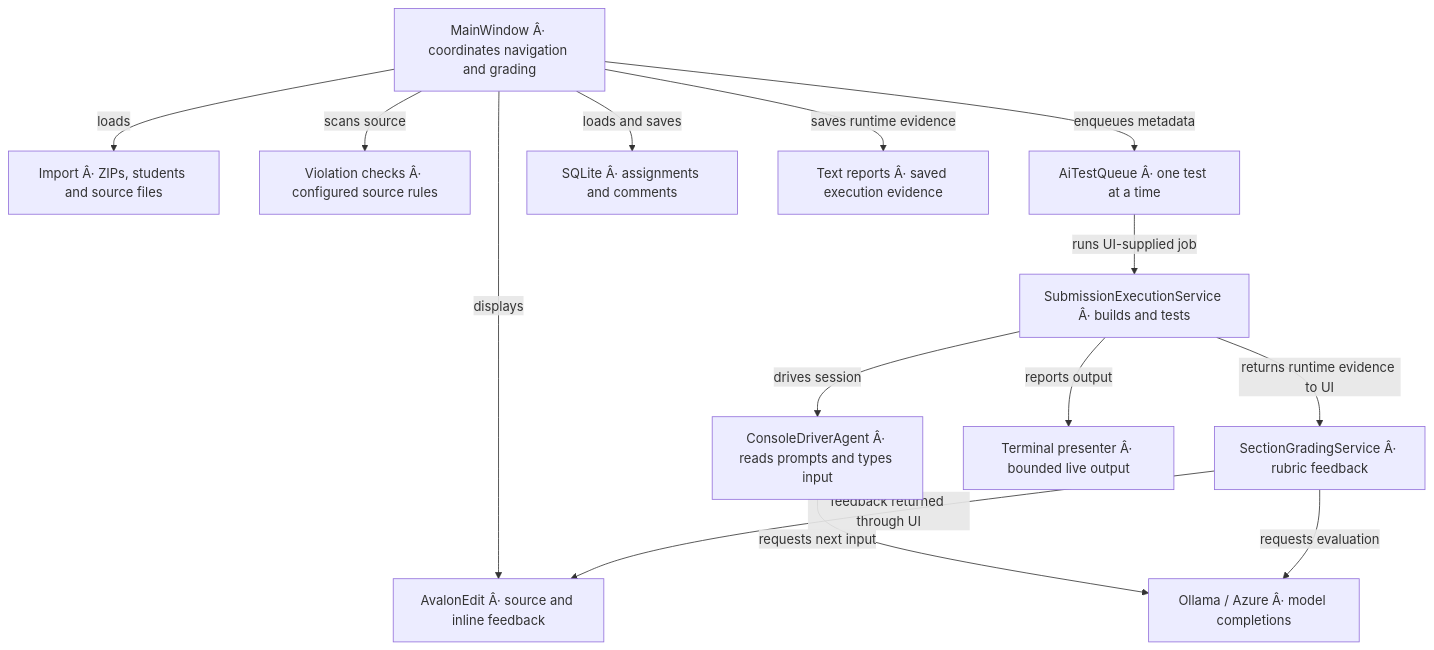
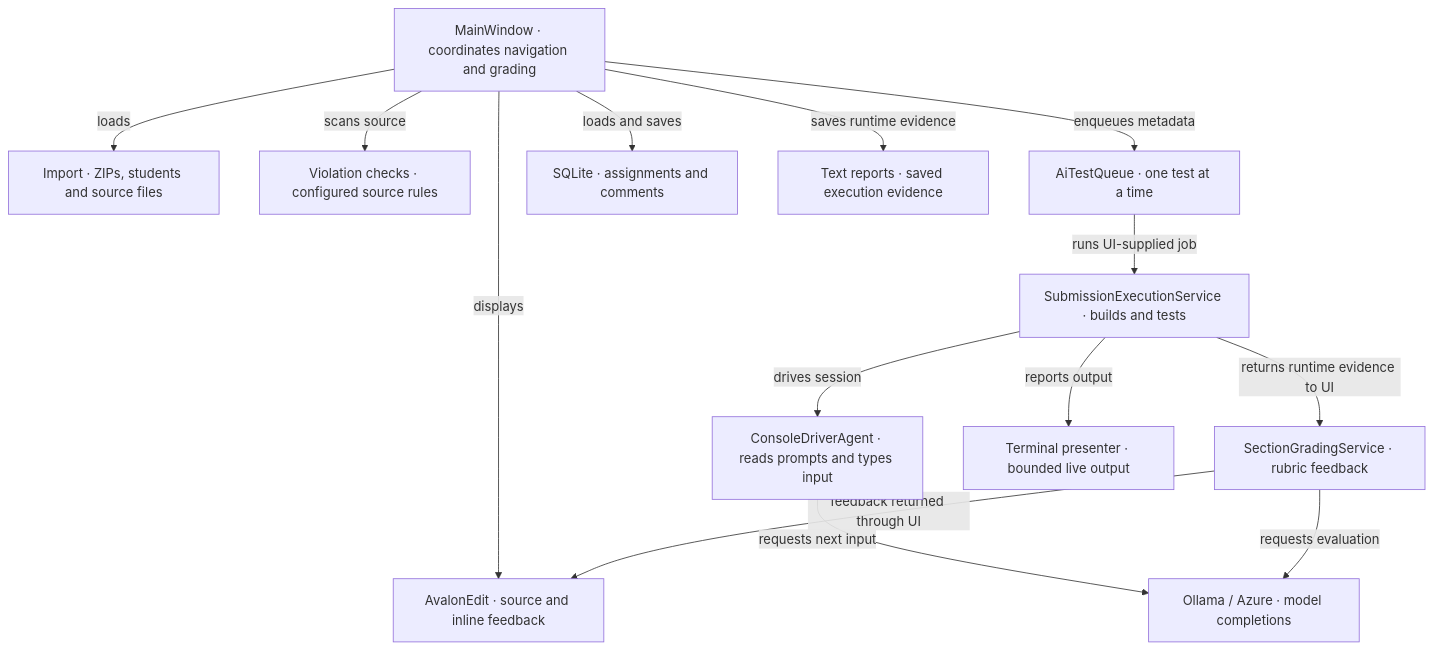
The first of 7 diagrams in KNOWLEDGE_GRAPH.md (signalnotnoise/GuidedGrade), drawn with Mermaid before and after one commit. The commit also changed other lines of this file and 10 other files, not shown here.

````diff
--- a/KNOWLEDGE_GRAPH.md
+++ b/KNOWLEDGE_GRAPH.md
@@ -7,28 +7,28 @@
 ```mermaid
 flowchart TD
-    UI["MainWindow Â· coordinates navigation and grading"]
-    Import["Import Â· ZIPs, students and source files"]
-    Editor["AvalonEdit Â· source and inline feedback"]
-    Rules["Violation checks Â· configured source rules"]
-    Queue["AiTestQueue Â· one test at a time"]
-    Execute["SubmissionExecutionService Â· builds and tests"]
-    Agent["ConsoleDriverAgent Â· reads prompts and types input"]
-    Grade["SectionGradingService Â· rubric feedback"]
-    Model["Ollama / Azure Â· model completions"]
-    Store["SQLite Â· assignments and comments"]
-    Terminal["Terminal presenter Â· bounded live output"]
-    Reports["Text reports Â· saved execution evidence"]
+    UI["MainWindow · coordinates navigation and grading"]
+    Import["Import · ZIPs, students and source files"]
+    Editor["AvalonEdit · source and inline feedback"]
+    Rules["Violation checks · configured source rules"]
+    Queue["AiTestQueue · one test at a time"]
+    Execute["SubmissionExecutionService · builds and tests"]
+    Agent["ConsoleDriverAgent · reads prompts and types input"]
+    Grade["SectionGradingService · rubric feedback"]
+    Model["Ollama / Azure · model completions"]
+    Store["SQLite · assignments and comments"]
+    Terminal["Terminal presenter · bounded live output"]
+    Reports["Text reports · saved execution evidence"]
     UI -->|loads| Import
     UI -->|displays| Editor
     UI -->|scans source| Rules
     UI -->|enqueues metadata| Queue
     Queue -->|runs UI-supplied job| Execute
     Execute -->|drives session| Agent
     Agent -->|requests next input| Model
     Execute -->|reports output| Terminal
     Execute -->|returns runtime evidence to UI| Grade
     Grade -->|requests evaluation| Model
     Grade -->|feedback returned through UI| Editor
     UI -->|loads and saves| Store
     UI -->|saves runtime evidence| Reports
 ```
````
